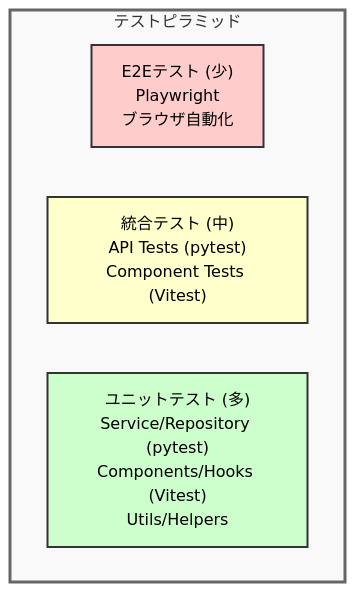
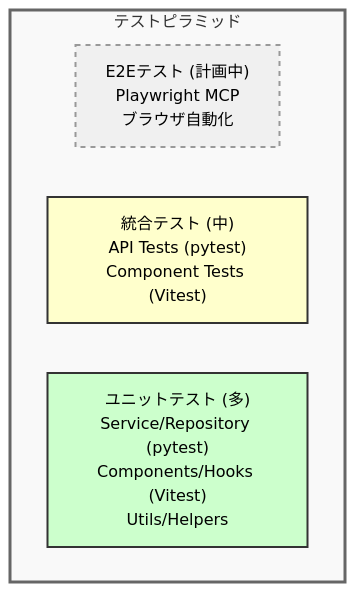
One commit to TomokiIshimine/fullstack-app-with-claude changed the diagram in docs/06_testing-strategy.md. Above: the diagram before and after it, drawn with Mermaid (forest theme). The commit also changed other lines of this file and 16 other files, not shown here.

````diff
--- a/docs/06_testing-strategy.md
+++ b/docs/06_testing-strategy.md
@@ -43,17 +43,17 @@
 ```mermaid
 graph TB
     subgraph Pyramid["テストピラミッド"]
-        E2E["E2Eテスト (少)<br/>Playwright<br/>ブラウザ自動化"]
+        E2E["E2Eテスト (計画中)<br/>Playwright MCP<br/>ブラウザ自動化"]
         Integration["統合テスト (中)<br/>API Tests (pytest)<br/>Component Tests (Vitest)"]
         Unit["ユニットテスト (多)<br/>Service/Repository (pytest)<br/>Components/Hooks (Vitest)<br/>Utils/Helpers"]
 
         E2E
         Integration
         Unit
     end
 
-    style E2E fill:#ffcccc,stroke:#333,stroke-width:2px
+    style E2E fill:#f0f0f0,stroke:#999,stroke-width:2px,stroke-dasharray: 5 5
     style Integration fill:#ffffcc,stroke:#333,stroke-width:2px
     style Unit fill:#ccffcc,stroke:#333,stroke-width:2px
     style Pyramid fill:#f9f9f9,stroke:#666,stroke-width:3px
 ```
````
